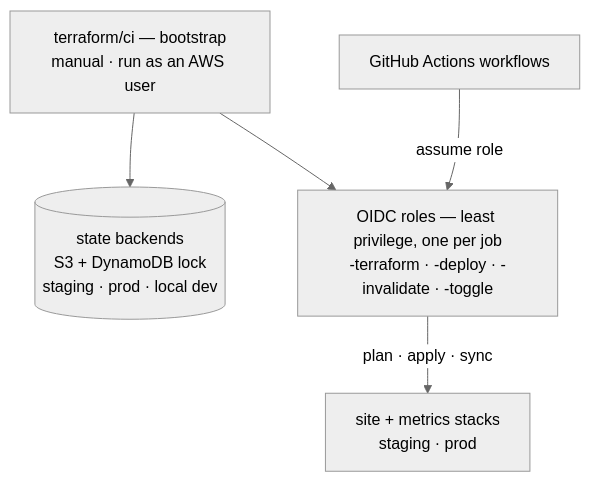
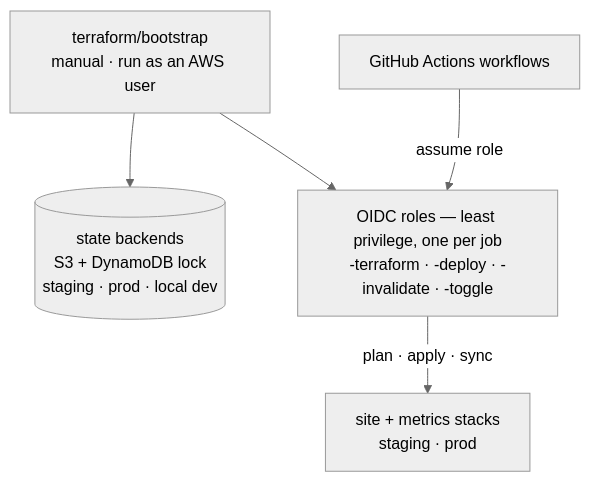
One commit to mathewmusango/my-portfolio changed the third of 4 diagrams in README.md. Above: the diagram before and after it, drawn with Mermaid (neutral theme). The commit also changed other lines of this file and 35 other files, not shown here.

````diff
--- a/README.md
+++ b/README.md
@@ -83,7 +83,7 @@
 ```mermaid
 flowchart TB
-    BOOT[terraform/ci — bootstrap<br/>manual · run as an AWS user] --> STATE[(state backends<br/>S3 + DynamoDB lock<br/>staging · prod · local dev)]
+    BOOT[terraform/bootstrap<br/>manual · run as an AWS user] --> STATE[(state backends<br/>S3 + DynamoDB lock<br/>staging · prod · local dev)]
     BOOT --> ROLES[OIDC roles — least privilege, one per job<br/>-terraform · -deploy · -invalidate · -toggle]
     WORK[GitHub Actions workflows] -->|assume role| ROLES
     ROLES -->|plan · apply · sync| STACKS[site + metrics stacks<br/>staging · prod]
 ```
````
